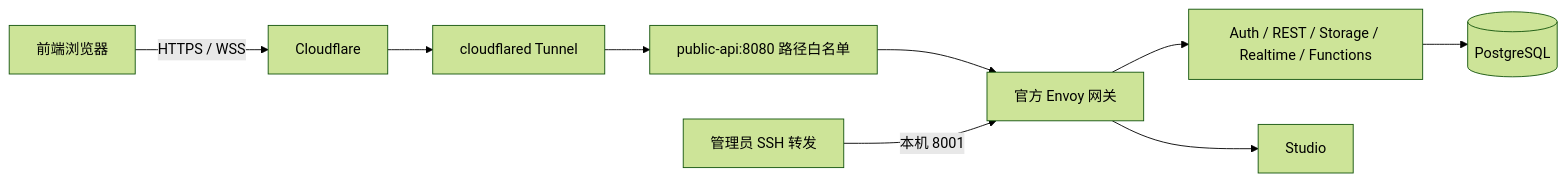
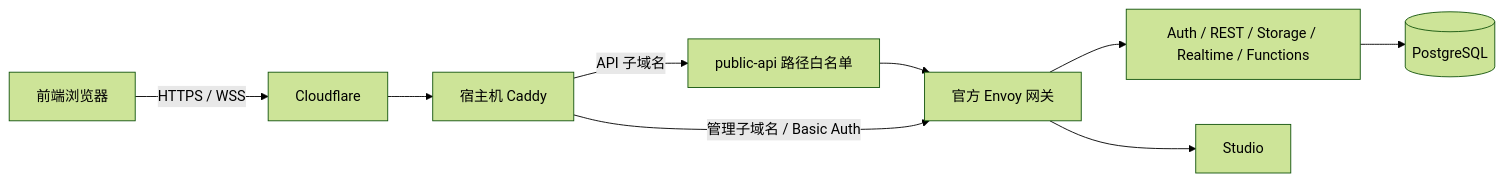
One commit to lij55/mybase changed the diagram in README.md. Above: the diagram before and after it, drawn with Mermaid (forest theme). The commit also changed other lines of this file and 15 other files, not shown here.

````diff
--- a/README.md
+++ b/README.md
@@ -50,11 +50,11 @@
 ```mermaid
 flowchart LR
   Frontend[前端浏览器] -->|HTTPS / WSS| CF[Cloudflare]
-  CF --> Tunnel[cloudflared Tunnel]
-  Tunnel --> Public[public-api:8080 路径白名单]
+  CF --> Caddy[宿主机 Caddy]
+  Caddy -->|API 子域名| Public[public-api 路径白名单]
   Public --> Gateway[官方 Envoy 网关]
   Gateway --> Services[Auth / REST / Storage / Realtime / Functions]
   Services --> DB[(PostgreSQL)]
-  Admin[管理员 SSH 转发] -->|本机 8001| Gateway
+  Caddy -->|管理子域名 / Basic Auth| Gateway
   Gateway --> Studio[Studio]
 ```
````
